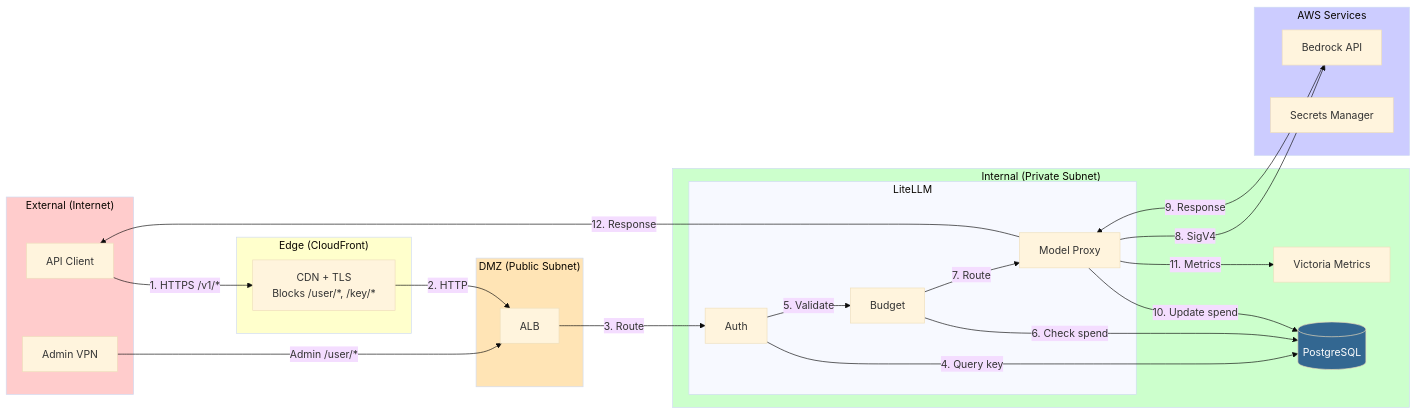
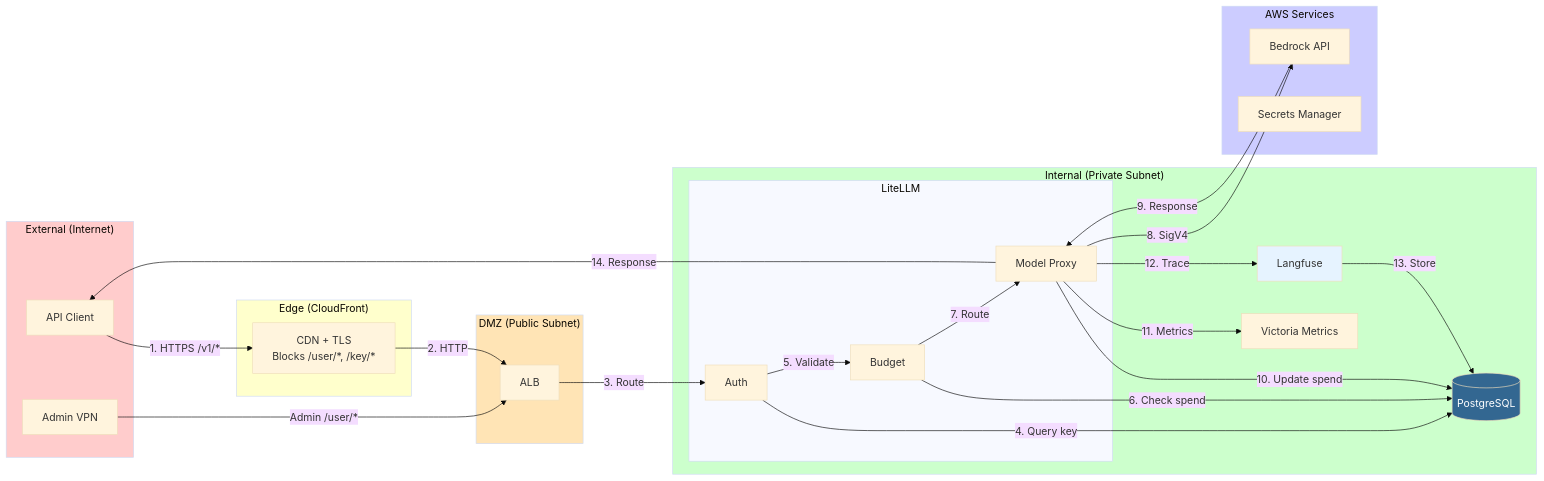
The sixth of 8 diagrams in docs/architecture/c4-architecture.md (lorenzogirardi/gw_llm), drawn with Mermaid (base theme) before and after one commit. The commit also changed other lines of this file and 1 other file, not shown here.

First line of the commit message:
docs: update architecture and user management documentation

````diff
--- a/docs/architecture/c4-architecture.md
+++ b/docs/architecture/c4-architecture.md
@@ -213,51 +228,55 @@
 ```mermaid
 flowchart LR
     subgraph External["External (Internet)"]
         client[API Client]
         admin[Admin VPN]
     end
 
     subgraph Edge["Edge (CloudFront)"]
         cf[CDN + TLS<br/>Blocks /user/*, /key/*]
     end
 
     subgraph DMZ["DMZ (Public Subnet)"]
         alb[ALB]
     end
 
     subgraph Internal["Internal (Private Subnet)"]
         subgraph litellm["LiteLLM"]
             auth[Auth]
             budget[Budget]
             proxy[Model Proxy]
         end
+        langfuse[Langfuse]
         metrics[Victoria Metrics]
         pg[(PostgreSQL)]
     end
 
     subgraph AWS["AWS Services"]
         bedrock[Bedrock API]
         sm[Secrets Manager]
     end
 
     client -->|1. HTTPS /v1/*| cf
     admin -->|Admin /user/*| alb
     cf -->|2. HTTP| alb
     alb -->|3. Route| auth
     auth -->|4. Query key| pg
     auth -->|5. Validate| budget
     budget -->|6. Check spend| pg
     budget -->|7. Route| proxy
     proxy -->|8. SigV4| bedrock
     bedrock -->|9. Response| proxy
     proxy -->|10. Update spend| pg
     proxy -->|11. Metrics| metrics
-    proxy -->|12. Response| client
+    proxy -->|12. Trace| langfuse
+    langfuse -->|13. Store| pg
+    proxy -->|14. Response| client
 
     style External fill:#ffcccc
     style Edge fill:#ffffcc
     style DMZ fill:#ffe4b5
     style Internal fill:#ccffcc
     style AWS fill:#ccccff
     style pg fill:#336791,color:#fff
+    style langfuse fill:#e6f3ff
 ```
````
